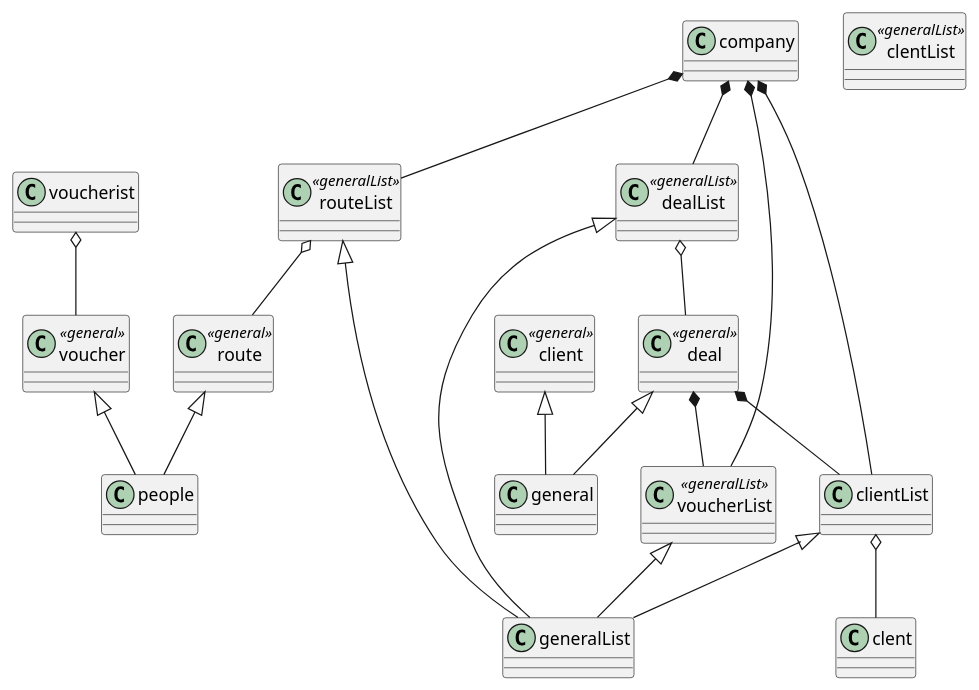
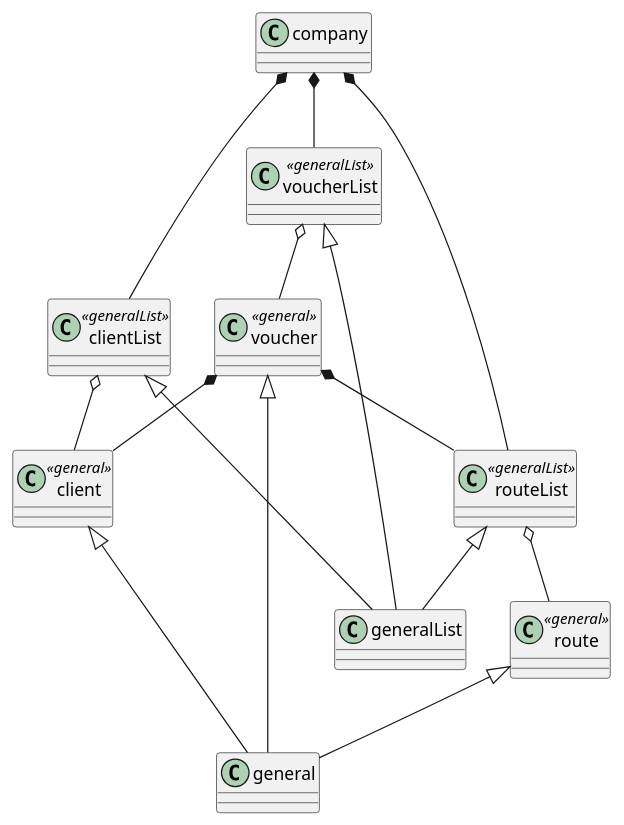
The diagram in diagSergey.puml (Umnica/OOP), drawn with PlantUML before and after one commit. The commit also changed 5 other files, not shown here.

```diff
--- a/diagSergey.puml
+++ b/diagSergey.puml
@@ -1,54 +1,42 @@
 @startuml diag1
 class general {}
 
 class client <<general>> {
 }
 client <|-- general
 
 class route <<general>> {
 }
-route <|-- people
+route <|-- general
 
 class voucher <<general>> {
 }
-voucher <|-- people
+voucher <|-- general
+voucher *-- client
+voucher *-- routeList
 
 class generalList {
 }  
 
-class clentList <<generalList>> {
+class clientList <<generalList>> {
 }
 clientList <|-- generalList
-clientList o-- clent 
+clientList o-- client 
 
 class routeList <<generalList>> {
 }
 routeList <|-- generalList
 routeList o-- route
 
 class voucherList <<generalList>> {
 }
 voucherList <|-- generalList
-voucherist o-- voucher
-
-
-class deal <<general>> {
-}
-deal <|-- general
-deal *-- voucherList
-deal *-- clientList
-
-
-class dealList <<generalList>> {
-}
-dealList <|-- generalList
-dealList o-- deal 
+voucherList o-- voucher
 
 class company {
 }
 company *-- voucherList
 company *-- clientList
 company *-- routeList
-company *-- dealList
 
 @enduml
```
